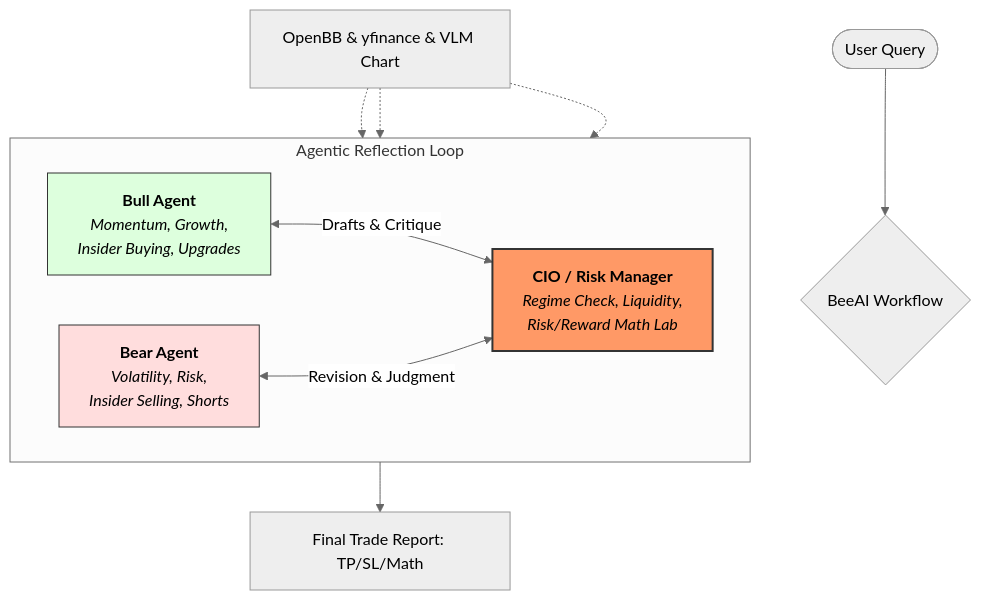
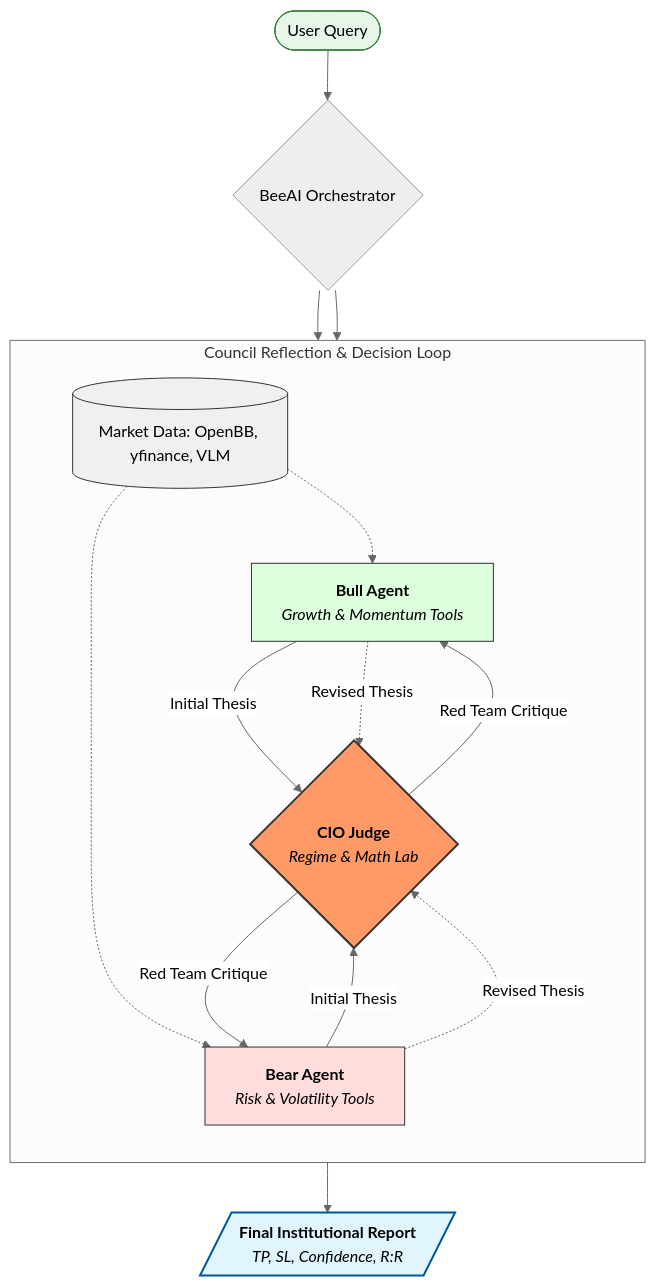
The diagram in README.md (aarya-pabha/-AI-Stock-Analysis-Chatbot), drawn with Mermaid (neutral theme) before and after one commit.

Commit message:
docs: redesign architecture diagram for professional flow and connectivity

````diff
--- a/README.md
+++ b/README.md
@@ -23,20 +23,37 @@
 ```mermaid
 graph TD
-    User([User Query]) --> Orchestrator{BeeAI Workflow}
+    %% Global Entry
+    User([User Query]) --> Orch{BeeAI Orchestrator}
     
-    subgraph "Agentic Reflection Loop"
-        direction LR
-        Bull[<b>Bull Agent</b><br/><i>Momentum, Growth,<br>Insider Buying, Upgrades</i>] <--> |Drafts & Critique| CIO[<b>CIO / Risk Manager</b><br/><i>Regime Check, Liquidity,<br>Risk/Reward Math Lab</i>]
-        Bear[<b>Bear Agent</b><br/><i>Volatility, Risk,<br>Insider Selling, Shorts</i>] <--> |Revision & Judgment| CIO
+    %% Tool Gating
+    Orch --> Tools[(Market Data: OpenBB, yfinance, VLM)]
+    
+    %% Agentic Reflection Loop
+    subgraph Loop [Council Reflection & Decision Loop]
+        direction TB
+        
+        Tools -.-> Bull
+        Tools -.-> Bear
+        
+        Bull[<b>Bull Agent</b><br/><i>Growth & Momentum Tools</i>] -- "Initial Thesis" --> CIO
+        Bear[<b>Bear Agent</b><br/><i>Risk & Volatility Tools</i>] -- "Initial Thesis" --> CIO
+        
+        CIO{<b>CIO Judge</b><br/><i>Regime & Math Lab</i>} -- "Red Team Critique" --> Bull
+        CIO -- "Red Team Critique" --> Bear
+        
+        Bull -. "Revised Thesis" .-> CIO
+        Bear -. "Revised Thesis" .-> CIO
     end
     
-    Tools[OpenBB & yfinance & VLM Chart] -.-> Bull
-    Tools -.-> Bear
-    Tools -.-> CIO
+    %% Final Output
+    Orch --> Loop
+    CIO --> Final[/<b>Final Institutional Report</b><br/><i>TP, SL, Confidence, R:R</i>/]
     
-    CIO --> Final[Final Trade Report: TP/SL/Math]
-    
+    %% Visual Styling
     style CIO fill:#f96,stroke:#333,stroke-width:2px
     style Bull fill:#dfd,stroke:#333
     style Bear fill:#fdd,stroke:#333
+    style Tools fill:#f0f0f0,stroke:#333
+    style Final fill:#e1f5fe,stroke:#01579b,stroke-width:2px
+    style User fill:#e8f5e9,stroke:#2e7d32
 ```
````
